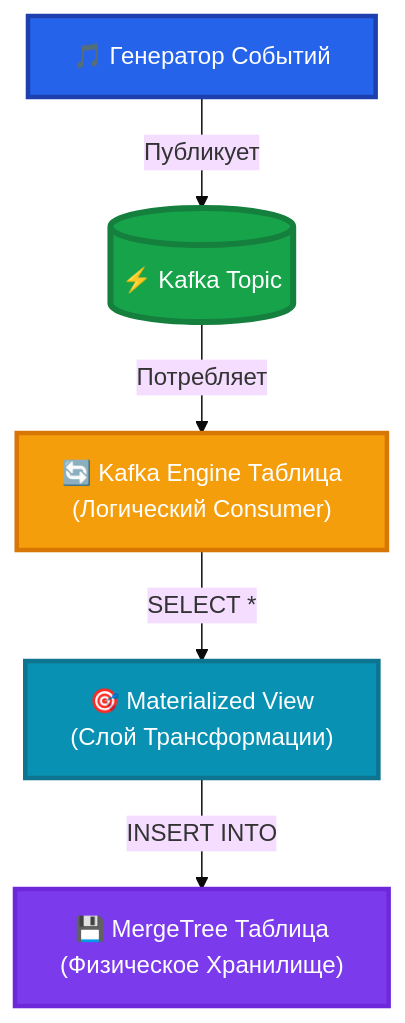
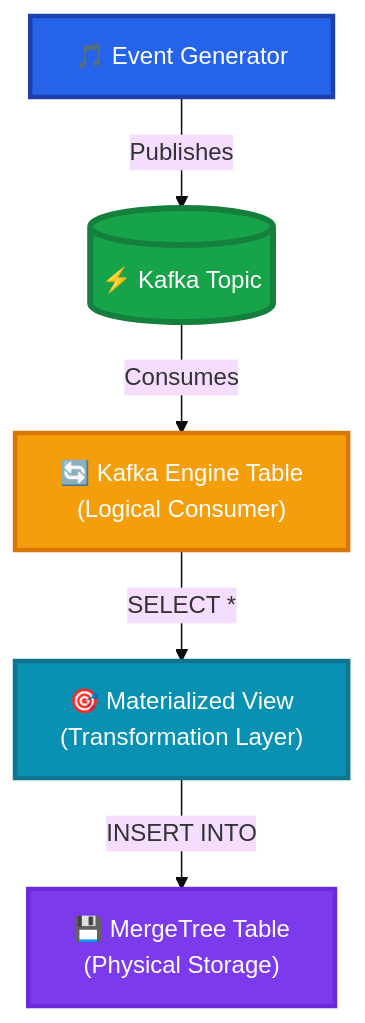
The fourth of 4 diagrams in README.md (Almas1989/kafka_de_project), drawn with Mermaid (base theme) before and after one commit. The commit also changed other lines of this file and 1 other file, not shown here.

````diff
--- a/README.md
+++ b/README.md
@@ -186,13 +187,13 @@
 ```mermaid
 flowchart TB
-    A["🎵 Генератор Событий"] -- Публикует --> B[("⚡ Kafka Topic")]
-    B -- Потребляет --> C["🔄 Kafka Engine Таблица<br/>(Логический Consumer)"]
-    C -- SELECT * --> D["🎯 Materialized View<br/>(Слой Трансформации)"]
-    D -- INSERT INTO --> E["💾 MergeTree Таблица<br/>(Физическое Хранилище)"]
+    A["🎵 Event Generator"] -- Publishes --> B[("⚡ Kafka Topic")]
+    B -- Consumes --> C["🔄 Kafka Engine Table<br/>(Logical Consumer)"]
+    C -- SELECT * --> D["🎯 Materialized View<br/>(Transformation Layer)"]
+    D -- INSERT INTO --> E["💾 MergeTree Table<br/>(Physical Storage)"]
 
     style A fill:#2563eb,stroke:#1e40af,stroke-width:3px,color:#fff
     style B fill:#16a34a,stroke:#15803d,stroke-width:4px,color:#fff
     style C fill:#f59e0b,stroke:#d97706,stroke-width:3px,color:#fff
     style D fill:#0891b2,stroke:#0e7490,stroke-width:3px,color:#fff
     style E fill:#7c3aed,stroke:#6d28d9,stroke-width:3px,color:#fff
 ```
````
